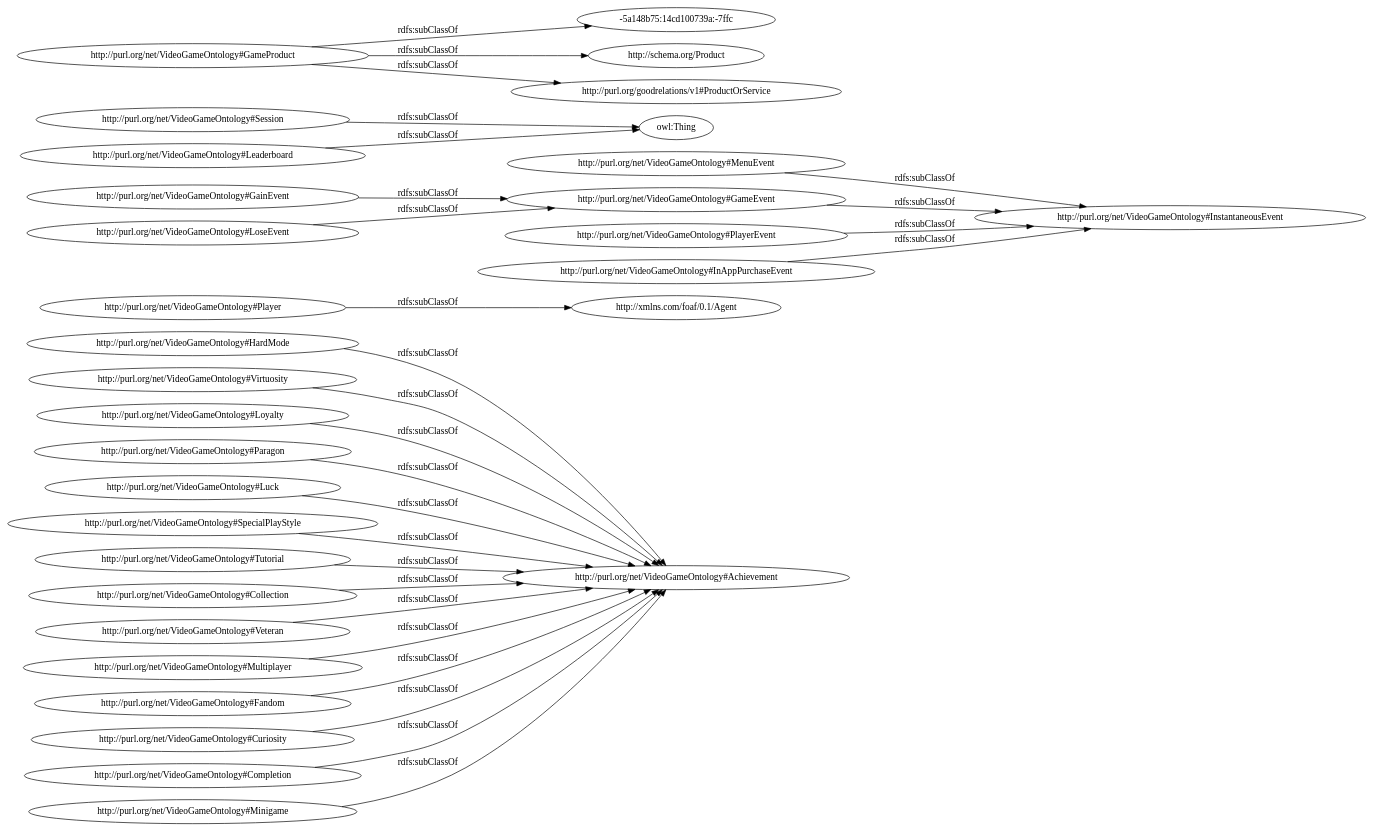
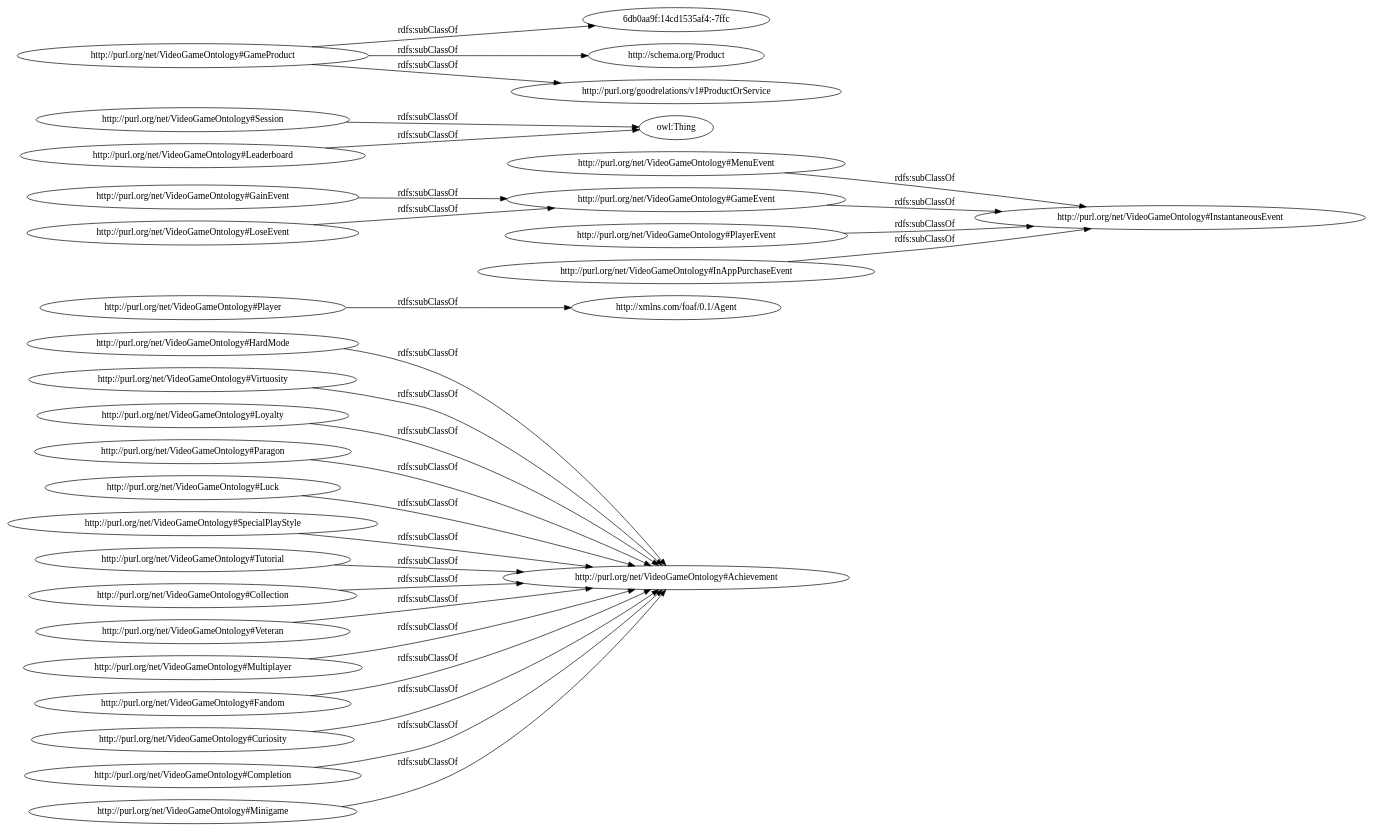
Before and after one commit to ahmad88me/target: the diagram in auton/diagrams/ar2dtool-taxonomy.conf/org/GameOntologyv3.owl.png.dot, drawn with Graphviz. The commit also changed 12 other files, not shown here.

```diff
--- a/auton/diagrams/ar2dtool-taxonomy.conf/org/GameOntologyv3.owl.png.dot
+++ b/auton/diagrams/ar2dtool-taxonomy.conf/org/GameOntologyv3.owl.png.dot
@@ -1,31 +1,31 @@
 digraph ar2dtool_diagram { 
 rankdir=LR;
 size="1000"
 	"http://purl.org/net/VideoGameOntology#HardMode" -> "http://purl.org/net/VideoGameOntology#Achievement" [ label = "rdfs:subClassOf" ];
 	"http://purl.org/net/VideoGameOntology#Player" -> "http://xmlns.com/foaf/0.1/Agent" [ label = "rdfs:subClassOf" ];
 	"http://purl.org/net/VideoGameOntology#Virtuosity" -> "http://purl.org/net/VideoGameOntology#Achievement" [ label = "rdfs:subClassOf" ];
 	"http://purl.org/net/VideoGameOntology#Loyalty" -> "http://purl.org/net/VideoGameOntology#Achievement" [ label = "rdfs:subClassOf" ];
 	"http://purl.org/net/VideoGameOntology#Paragon" -> "http://purl.org/net/VideoGameOntology#Achievement" [ label = "rdfs:subClassOf" ];
 	"http://purl.org/net/VideoGameOntology#Luck" -> "http://purl.org/net/VideoGameOntology#Achievement" [ label = "rdfs:subClassOf" ];
 	"http://purl.org/net/VideoGameOntology#MenuEvent" -> "http://purl.org/net/VideoGameOntology#InstantaneousEvent" [ label = "rdfs:subClassOf" ];
 	"http://purl.org/net/VideoGameOntology#GainEvent" -> "http://purl.org/net/VideoGameOntology#GameEvent" [ label = "rdfs:subClassOf" ];
 	"http://purl.org/net/VideoGameOntology#SpecialPlayStyle" -> "http://purl.org/net/VideoGameOntology#Achievement" [ label = "rdfs:subClassOf" ];
 	"http://purl.org/net/VideoGameOntology#Tutorial" -> "http://purl.org/net/VideoGameOntology#Achievement" [ label = "rdfs:subClassOf" ];
 	"http://purl.org/net/VideoGameOntology#Session" -> "owl:Thing" [ label = "rdfs:subClassOf" ];
-	"http://purl.org/net/VideoGameOntology#GameProduct" -> "-5a148b75:14cd100739a:-7ffc" [ label = "rdfs:subClassOf" ];
+	"http://purl.org/net/VideoGameOntology#GameProduct" -> "6db0aa9f:14cd1535af4:-7ffc" [ label = "rdfs:subClassOf" ];
 	"http://purl.org/net/VideoGameOntology#GameProduct" -> "http://schema.org/Product" [ label = "rdfs:subClassOf" ];
 	"http://purl.org/net/VideoGameOntology#GameProduct" -> "http://purl.org/goodrelations/v1#ProductOrService" [ label = "rdfs:subClassOf" ];
 	"http://purl.org/net/VideoGameOntology#LoseEvent" -> "http://purl.org/net/VideoGameOntology#GameEvent" [ label = "rdfs:subClassOf" ];
 	"http://purl.org/net/VideoGameOntology#Collection" -> "http://purl.org/net/VideoGameOntology#Achievement" [ label = "rdfs:subClassOf" ];
 	"http://purl.org/net/VideoGameOntology#Leaderboard" -> "owl:Thing" [ label = "rdfs:subClassOf" ];
 	"http://purl.org/net/VideoGameOntology#Veteran" -> "http://purl.org/net/VideoGameOntology#Achievement" [ label = "rdfs:subClassOf" ];
 	"http://purl.org/net/VideoGameOntology#Multiplayer" -> "http://purl.org/net/VideoGameOntology#Achievement" [ label = "rdfs:subClassOf" ];
 	"http://purl.org/net/VideoGameOntology#Fandom" -> "http://purl.org/net/VideoGameOntology#Achievement" [ label = "rdfs:subClassOf" ];
 	"http://purl.org/net/VideoGameOntology#Curiosity" -> "http://purl.org/net/VideoGameOntology#Achievement" [ label = "rdfs:subClassOf" ];
 	"http://purl.org/net/VideoGameOntology#PlayerEvent" -> "http://purl.org/net/VideoGameOntology#InstantaneousEvent" [ label = "rdfs:subClassOf" ];
 	"http://purl.org/net/VideoGameOntology#InAppPurchaseEvent" -> "http://purl.org/net/VideoGameOntology#InstantaneousEvent" [ label = "rdfs:subClassOf" ];
 	"http://purl.org/net/VideoGameOntology#Completion" -> "http://purl.org/net/VideoGameOntology#Achievement" [ label = "rdfs:subClassOf" ];
 	"http://purl.org/net/VideoGameOntology#GameEvent" -> "http://purl.org/net/VideoGameOntology#InstantaneousEvent" [ label = "rdfs:subClassOf" ];
 	"http://purl.org/net/VideoGameOntology#Minigame" -> "http://purl.org/net/VideoGameOntology#Achievement" [ label = "rdfs:subClassOf" ];
 
 }
```
